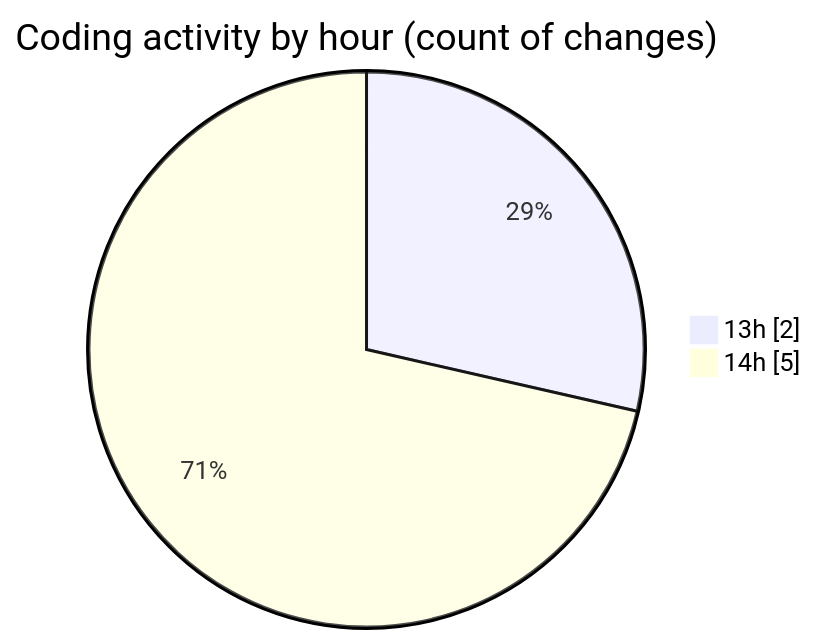
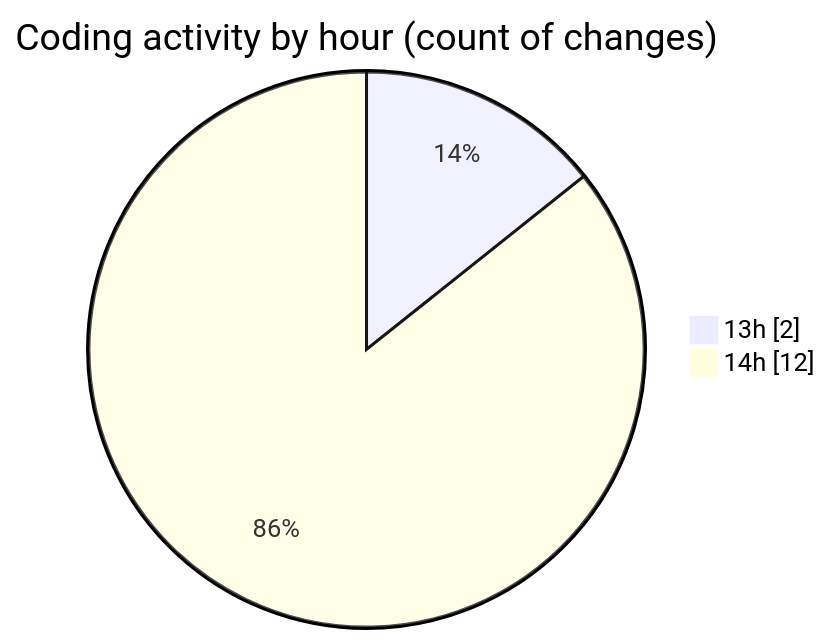
The second of 2 diagrams in 2025-05-31/nxtqube_webapp/README.md (nxtqubesakshisongat/code-tracking), drawn with Mermaid before and after one commit. The commit also changed other lines of this file and 1 other file, not shown here.

````diff
--- a/2025-05-31/nxtqube_webapp/README.md
+++ b/2025-05-31/nxtqube_webapp/README.md
@@ -29,6 +30,6 @@
 ```mermaid
 pie showData
 title Coding activity by hour (count of changes)
 "13h" : 2
-"14h" : 5
+"14h" : 12
 ```
````
